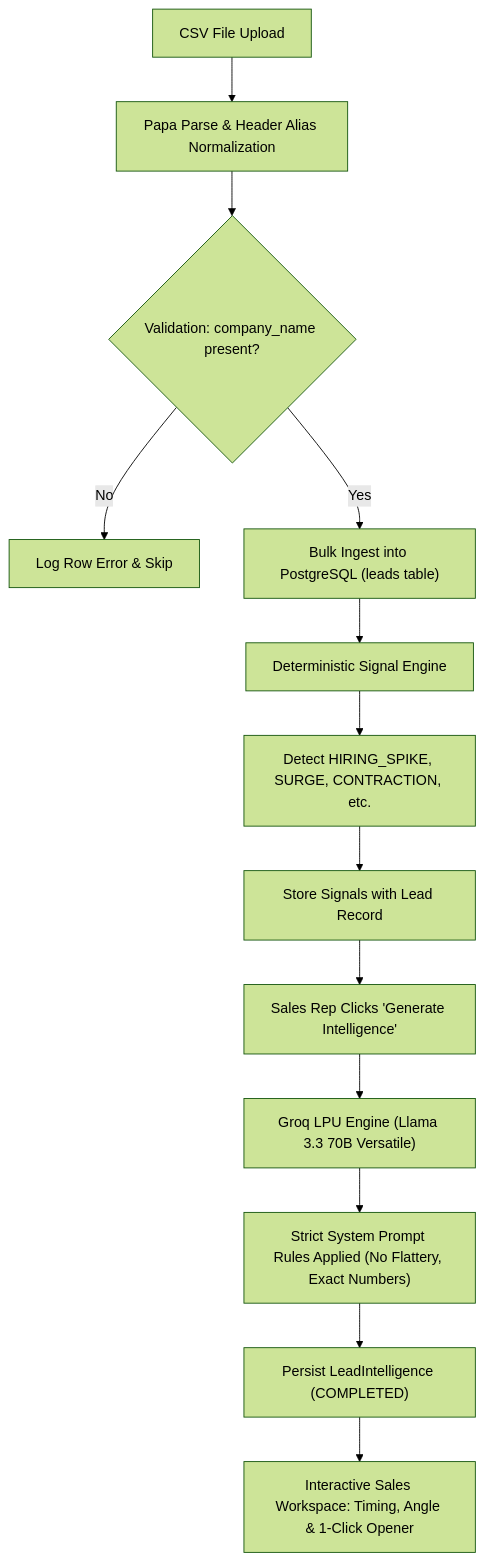
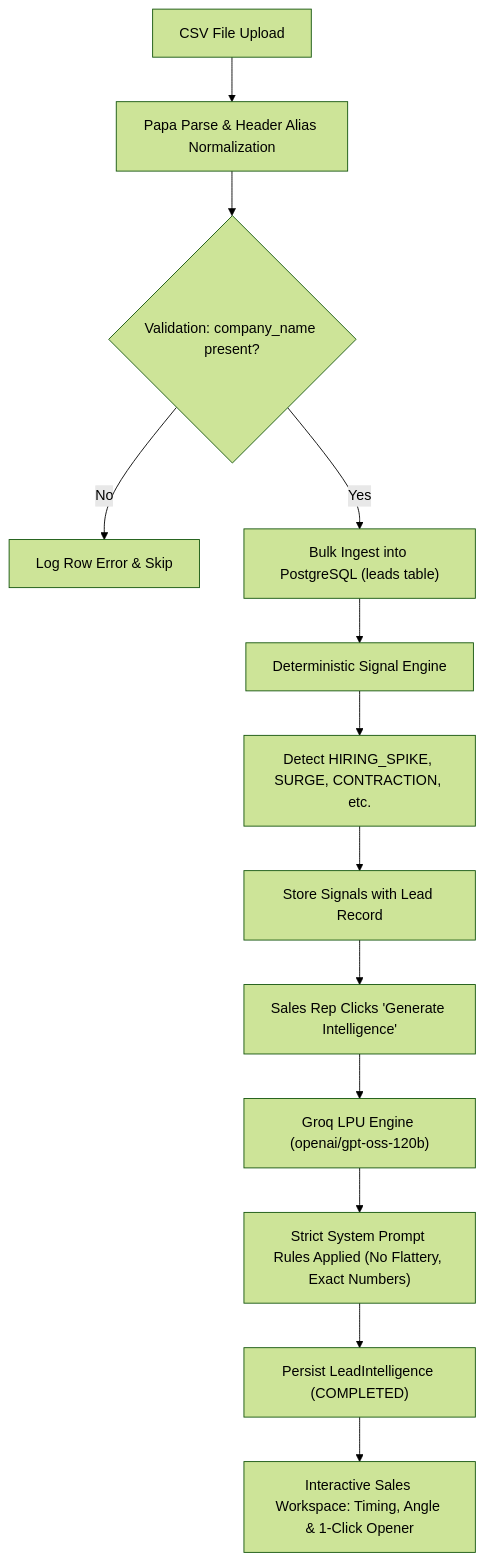
Before and after one commit to ThoratSanchit/conversation-intelligence: the first of 2 diagrams in README.md, drawn with Mermaid (forest theme). The commit also changed other lines of this file, not shown here.

````diff
--- a/README.md
+++ b/README.md
@@ -120,15 +120,15 @@
 ```mermaid
 flowchart TD
     A["CSV File Upload"] --> B["Papa Parse & Header Alias Normalization"]
     B --> C{"Validation: company_name present?"}
     C -- No --> D["Log Row Error & Skip"]
     C -- Yes --> E["Bulk Ingest into PostgreSQL (leads table)"]
     E --> F["Deterministic Signal Engine"]
     F --> G["Detect HIRING_SPIKE, SURGE, CONTRACTION, etc."]
     G --> H["Store Signals with Lead Record"]
     H --> I["Sales Rep Clicks 'Generate Intelligence'"]
-    I --> J["Groq LPU Engine (Llama 3.3 70B Versatile)"]
+    I --> J["Groq LPU Engine (openai/gpt-oss-120b)"]
     J --> K["Strict System Prompt Rules Applied (No Flattery, Exact Numbers)"]
     K --> L["Persist LeadIntelligence (COMPLETED)"]
     L --> M["Interactive Sales Workspace: Timing, Angle & 1-Click Opener"]
 ```
````
